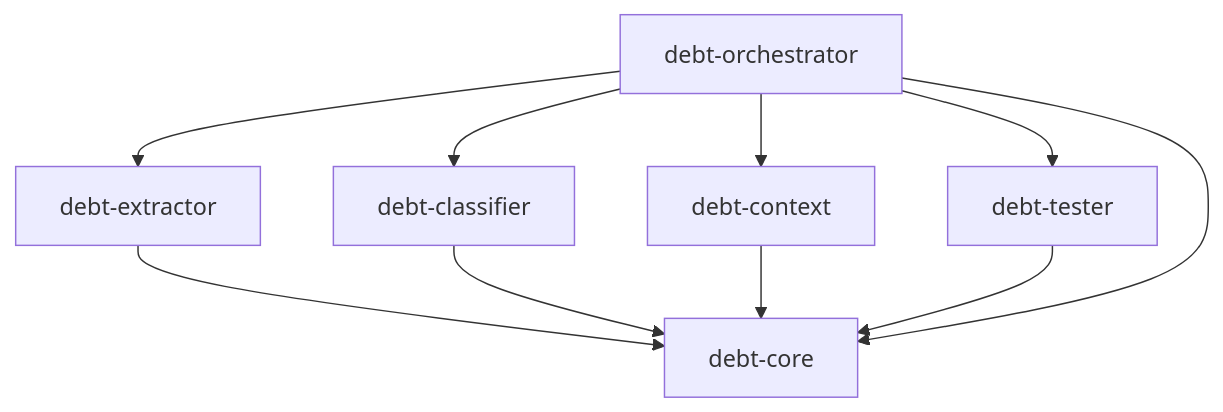
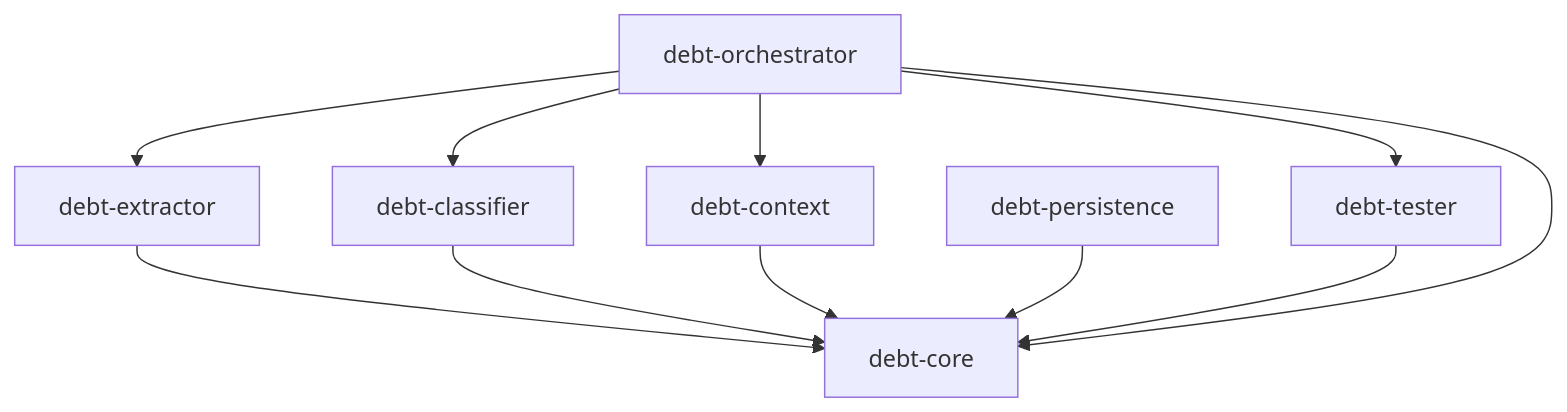
One commit to JonasFortes12/debt2test changed the first of 5 diagrams in architecture.md. Above: the diagram before and after it, drawn with Mermaid. The commit also changed other lines of this file and 11 other files, not shown here.

First line of the commit message:
feat(persistence): add debt-persistence module with entities and mappers

````diff
--- a/architecture.md
+++ b/architecture.md
@@ -109,19 +118,21 @@
 ```mermaid
 graph TD
     CORE[debt-core]
     EXTRACTOR[debt-extractor]
     CLASSIFIER[debt-classifier]
     CONTEXT[debt-context]
     TESTER[debt-tester]
+    PERSISTENCE[debt-persistence]
     ORCH[debt-orchestrator]
 
     EXTRACTOR --> CORE
     CLASSIFIER --> CORE
     CONTEXT --> CORE
+    PERSISTENCE --> CORE
     TESTER --> CORE
     ORCH --> CORE
     ORCH --> EXTRACTOR
     ORCH --> CLASSIFIER
     ORCH --> CONTEXT
     ORCH --> TESTER
 ```
````
